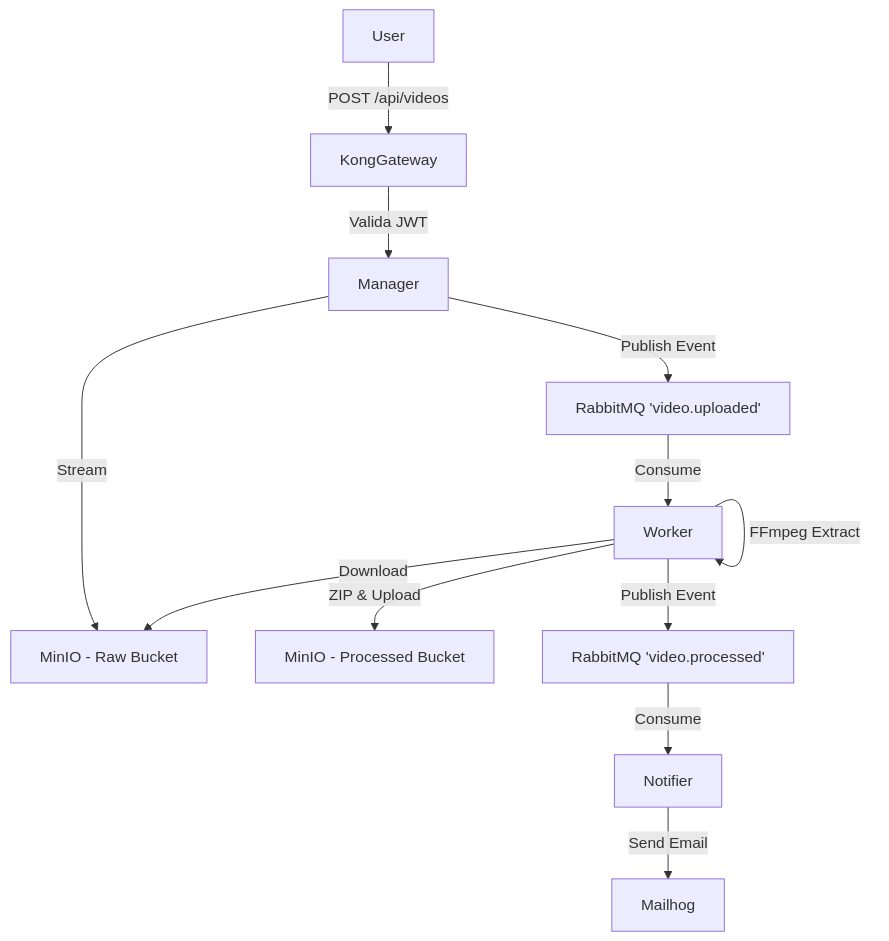
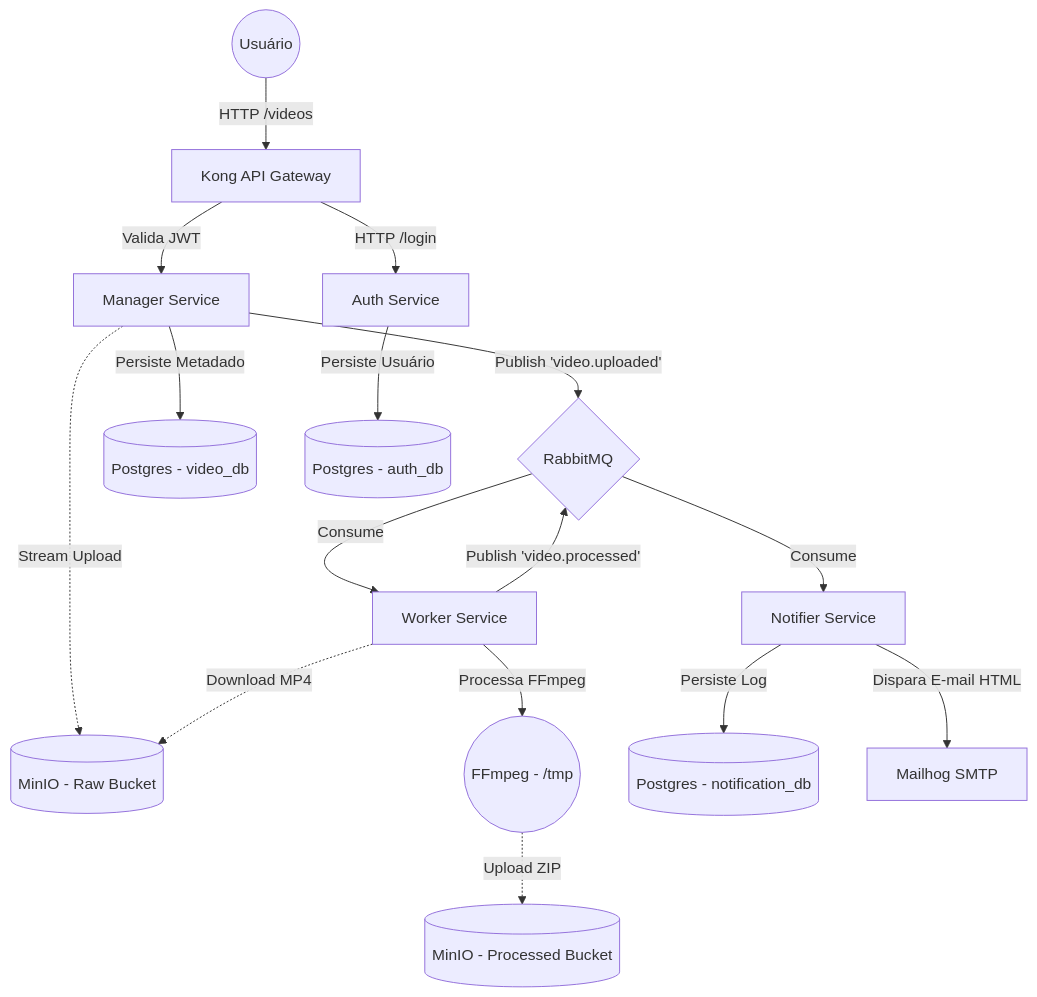
One commit to GuilhermePoletti/fiapx-infra changed the diagram in README.md. Above: the diagram before and after it, drawn with Mermaid. The commit also changed other lines of this file and 3 other files, not shown here.

````diff
--- a/README.md
+++ b/README.md
@@ -19,14 +19,22 @@
 ```mermaid
-graph TD;
-    User-->|POST /api/videos|KongGateway;
-    KongGateway-->|Valida JWT|Manager;
-    Manager-->|Stream|MinIO[MinIO - Raw Bucket];
-    Manager-->|Publish Event|RabbitMQ[RabbitMQ 'video.uploaded'];
-    RabbitMQ-->|Consume|Worker;
-    Worker-->|Download|MinIO;
-    Worker-->|FFmpeg Extract|Worker;
-    Worker-->|ZIP & Upload|MinIO2[MinIO - Processed Bucket];
-    Worker-->|Publish Event|RabbitMQ2[RabbitMQ 'video.processed'];
-    RabbitMQ2-->|Consume|Notifier;
-    Notifier-->|Send Email|Mailhog;
+graph TD
+    Client((Usuário)) -->|HTTP /videos| Kong[Kong API Gateway]
+    Kong -->|Valida JWT| Manager[Manager Service]
+    Kong -->|HTTP /login| Auth[Auth Service]
+    
+    Manager -.->|Stream Upload| MinIO_Raw[(MinIO - Raw Bucket)]
+    Manager -->|Publish 'video.uploaded'| RMQ{RabbitMQ}
+    Manager -->|Persiste Metadado| DB_Manager[(Postgres - video_db)]
+    
+    Auth -->|Persiste Usuário| DB_Auth[(Postgres - auth_db)]
+    
+    RMQ -->|Consume| Worker[Worker Service]
+    Worker -.->|Download MP4| MinIO_Raw
+    Worker -->|Processa FFmpeg| CPU((FFmpeg - /tmp))
+    CPU -.->|Upload ZIP| MinIO_Processed[(MinIO - Processed Bucket)]
+    Worker -->|Publish 'video.processed'| RMQ
+    
+    RMQ -->|Consume| Notifier[Notifier Service]
+    Notifier -->|Persiste Log| DB_Notifier[(Postgres - notification_db)]
+    Notifier -->|Dispara E-mail HTML| Mailhog[Mailhog SMTP]
 ```
````
